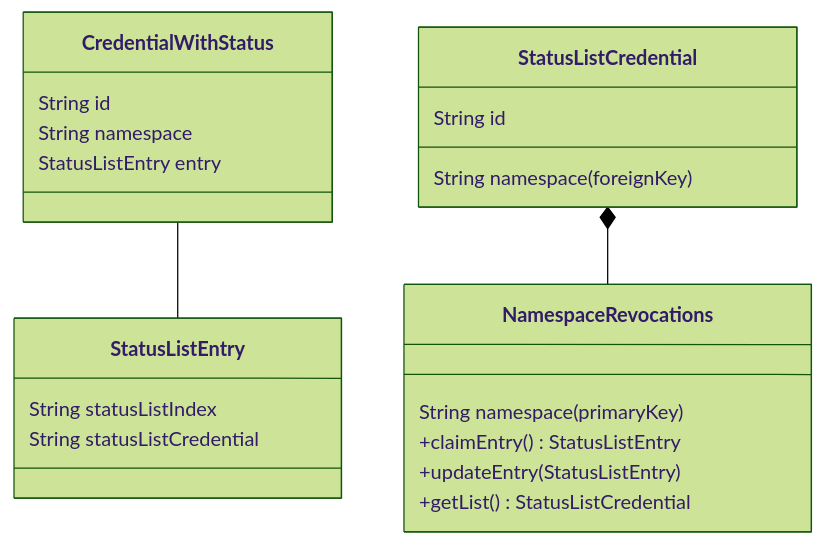
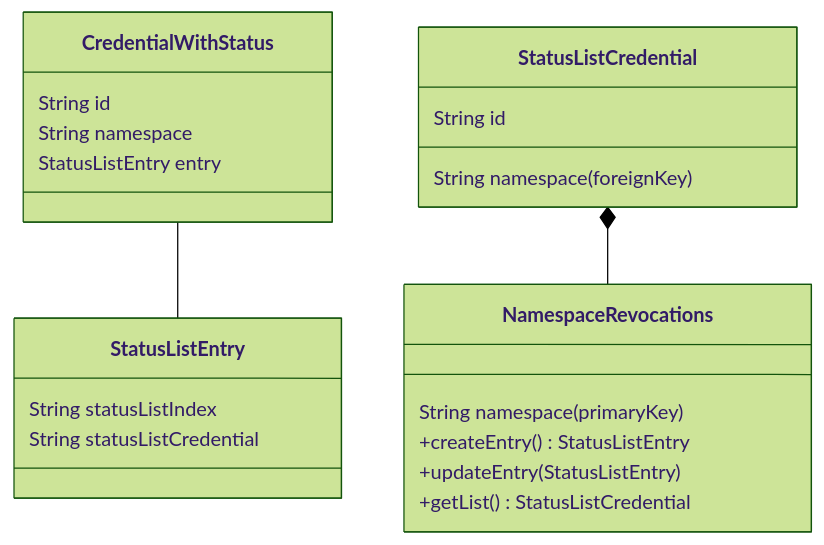
Before and after one commit to energywebfoundation/ssi-hub: the fourth of 4 diagrams in docs/revocation.md, drawn with Mermaid (forest theme). The commit also changed other lines of this file, not shown here.

Commit message:
docs(revocation): CredentialWithStatus

````diff
--- a/docs/revocation.md
+++ b/docs/revocation.md
@@ -103,26 +114,26 @@
 ```mermaid
 classDiagram
 
 CredentialWithStatus -- StatusListEntry
 
 class CredentialWithStatus
 CredentialWithStatus : String id
 CredentialWithStatus : String namespace
 CredentialWithStatus : StatusListEntry entry
 
 class StatusListEntry
 StatusListEntry : String statusListIndex
 StatusListEntry : String statusListCredential
 
 StatusListCredential *-- NamespaceRevocations
 
 class NamespaceRevocations
 NamespaceRevocations : String namespace (primaryKey)
-NamespaceRevocations : +claimEntry() StatusListEntry
+NamespaceRevocations : +createEntry() StatusListEntry
 NamespaceRevocations : +updateEntry(StatusListEntry)
 NamespaceRevocations : +getList() StatusListCredential
 
 class StatusListCredential
 StatusListCredential : String id
 StatusListCredential : String namespace (foreignKey)
 ```
````
